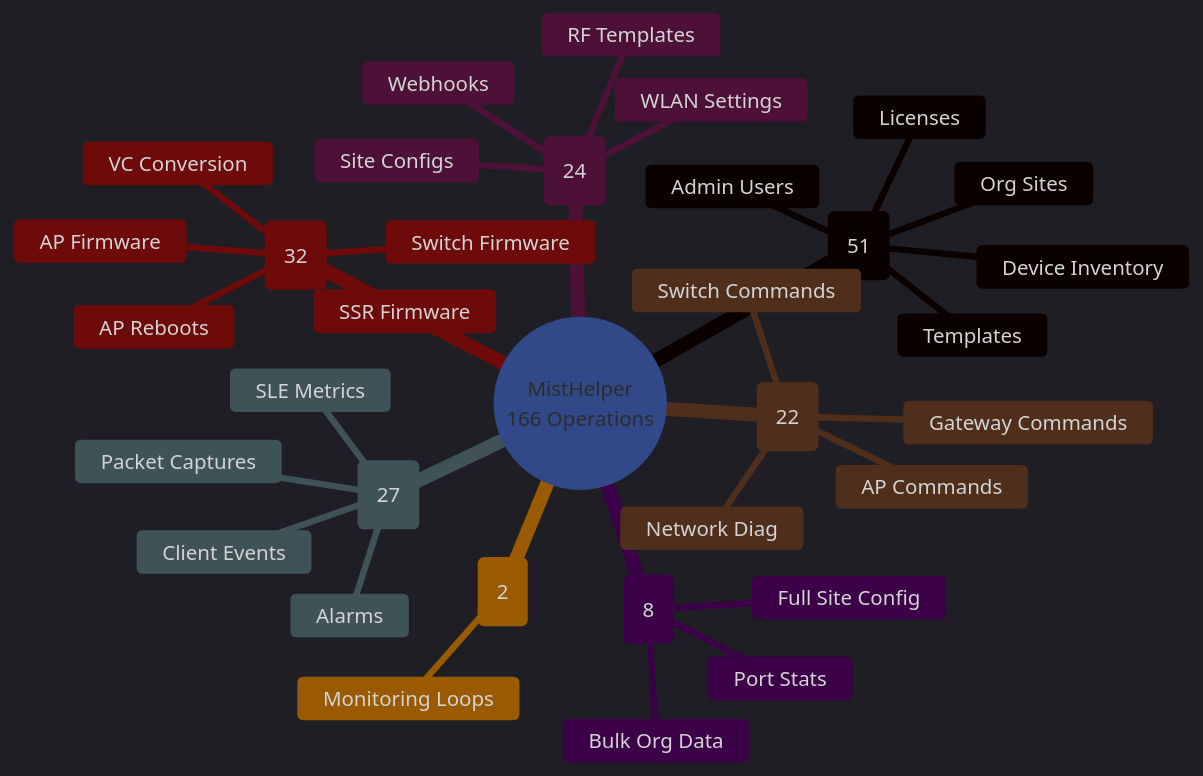
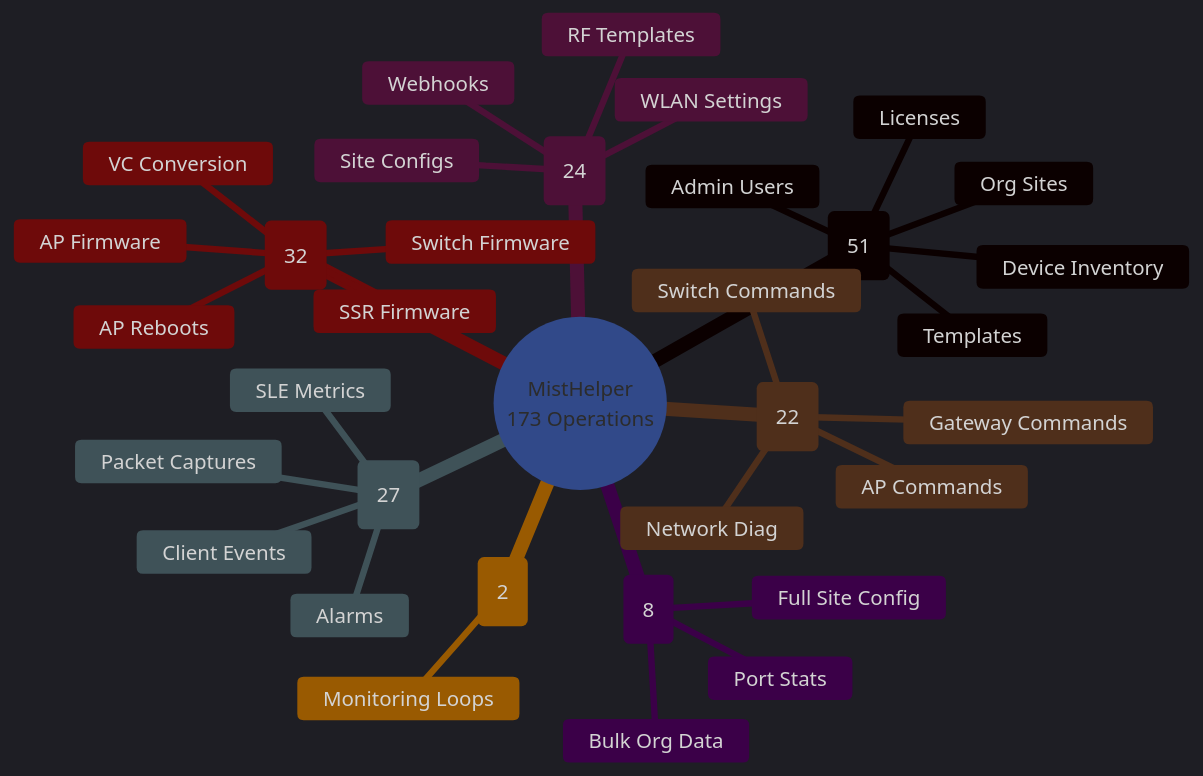
One commit to jmorrison-juniper/MistHelper changed the second of 2 diagrams in README.md. Above: the diagram before and after it, drawn with Mermaid. The commit also changed other lines of this file and 3 other files, not shown here.

First line of the commit message:
feat(MistHelper.py): mistapi 0.57.2->0.62.0 alignment

````diff
--- a/README.md
+++ b/README.md
@@ -96,47 +96,47 @@
 ```mermaid
 %%{init: {'theme': 'dark', 'themeVariables': {
   'primaryColor': '#E20074',
   'primaryTextColor': '#E0E0E0',
   'primaryBorderColor': '#99004D',
   'lineColor': '#FF4DA6',
   'secondaryColor': '#16213E',
   'tertiaryColor': '#1A1A2E',
   'fontFamily': 'ui-monospace, monospace'
 }}}%%
 mindmap
-  root((MistHelper<br/>166 Operations))
+  root((MistHelper<br/>173 Operations))
     Safe (51)
       Org Sites
       Device Inventory
       Licenses
       Templates
       Admin Users
     Interactive Safe (24)
       Site Configs
       WLAN Settings
       RF Templates
       Webhooks
     Interactive (27)
       Packet Captures
       SLE Metrics
       Client Events
       Alarms
     WebSocket (22)
       AP Commands
       Switch Commands
       Gateway Commands
       Network Diag
     Destructive (32)
       ::icon(fa fa-warning)
       AP Firmware
       Switch Firmware
       SSR Firmware
       AP Reboots
       VC Conversion
     Resource Intensive (8)
       Port Stats
       Full Site Config
       Bulk Org Data
     Continuous (2)
       Monitoring Loops
 ```
````
